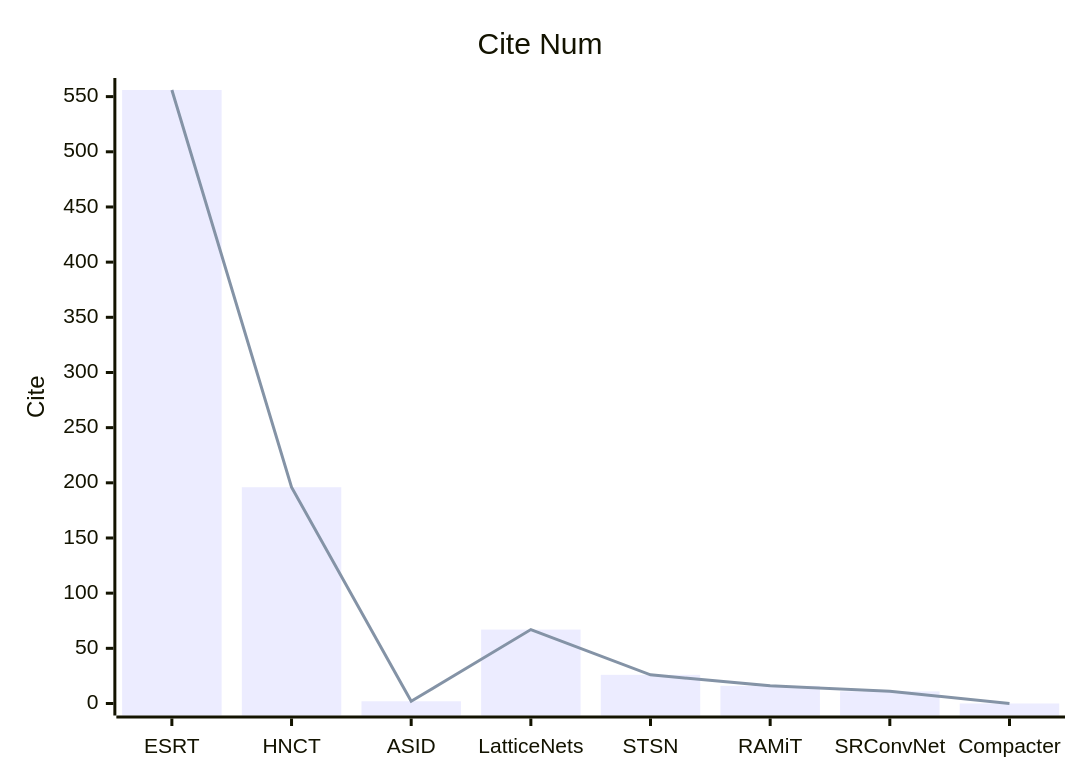
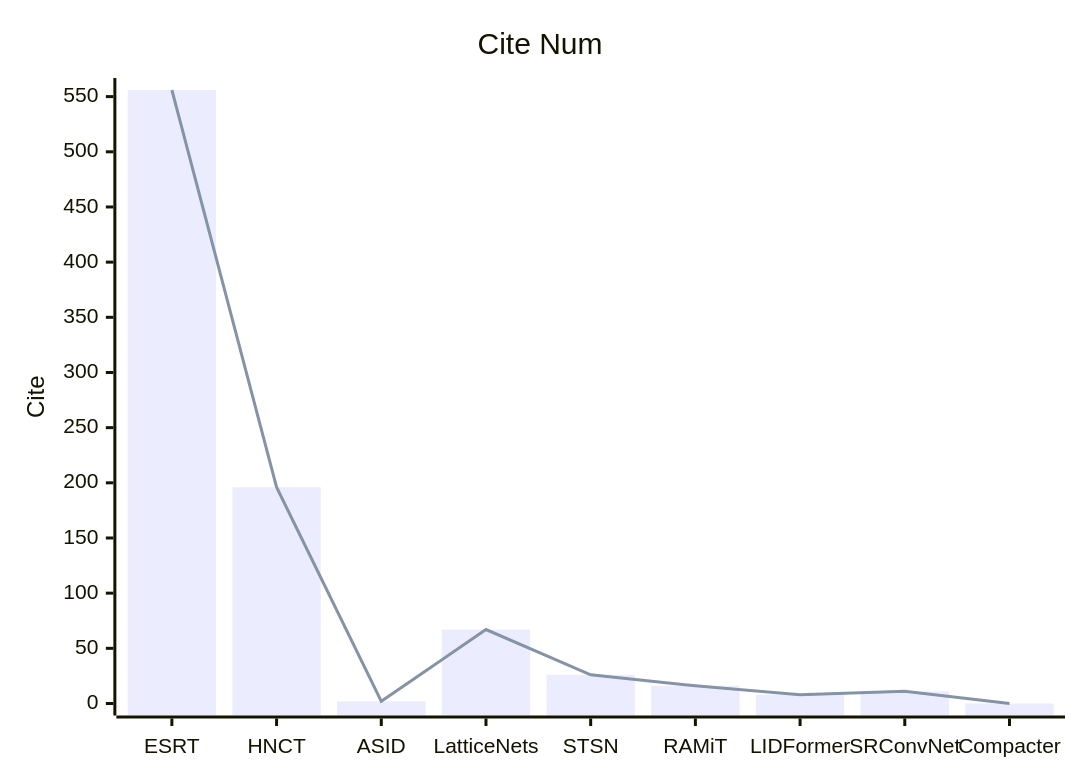
Before and after one commit to Elephant-King9/Paper: the fourth of 4 diagrams in CV/Lightweight/analyse.md, drawn with Mermaid. The commit also changed other lines of this file and 14 other files, not shown here.

````diff
--- a/CV/Lightweight/analyse.md
+++ b/CV/Lightweight/analyse.md
@@ -115,8 +119,8 @@
 ```mermaid
     xychart-beta
     title "Cite Num"
-    x-axis [ESRT,HNCT,ASID,LatticeNets,STSN,RAMiT,SRConvNet,Compacter]
+    x-axis [ESRT,HNCT,ASID,LatticeNets,STSN,RAMiT,LIDFormer,SRConvNet,Compacter]
     y-axis "Cite" 
-    bar [556,196,2,67,26,16,11,0]
-    line [556,196,2,67,26,16,11,0]
+    bar [556,196,2,67,26,16,8,11,0]
+    line [556,196,2,67,26,16,8,11,0]
 ```
````
